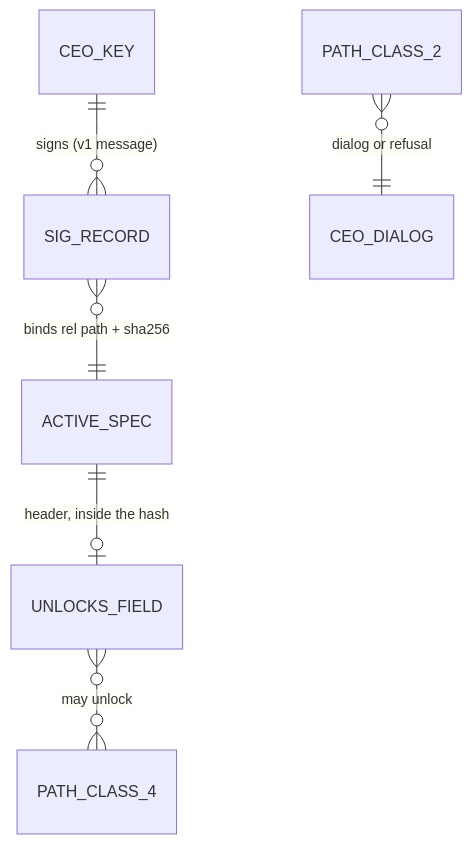
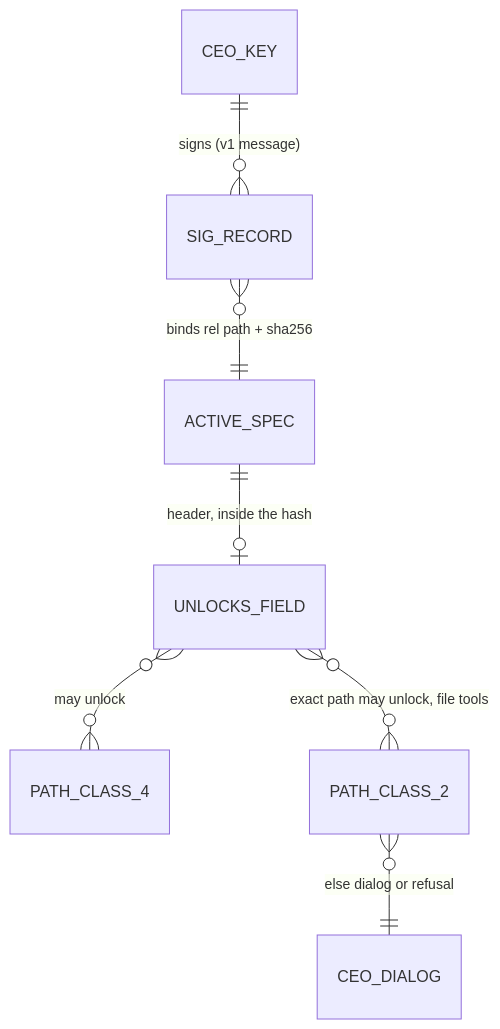
One commit to GktuOktay/claude-agency-v2 changed the third of 5 diagrams in specs/active/0004-harness-enforcement-gaps.md. Above: the diagram before and after it, drawn with Mermaid. The commit also changed other lines of this file and 7 other files, not shown here.

````diff
--- a/specs/active/0004-harness-enforcement-gaps.md
+++ b/specs/active/0004-harness-enforcement-gaps.md
@@ -300,8 +338,9 @@
 ```mermaid
 erDiagram
   CEO_KEY ||--o{ SIG_RECORD : "signs (v1 message)"
   SIG_RECORD }o--|| ACTIVE_SPEC : "binds rel path + sha256"
   ACTIVE_SPEC ||--o| UNLOCKS_FIELD : "header, inside the hash"
   UNLOCKS_FIELD }o--o{ PATH_CLASS_4 : "may unlock"
-  PATH_CLASS_2 }o--|| CEO_DIALOG : "dialog or refusal"
+  UNLOCKS_FIELD }o--o{ PATH_CLASS_2 : "exact path may unlock, file tools"
+  PATH_CLASS_2 }o--|| CEO_DIALOG : "else dialog or refusal"
 ```
````
